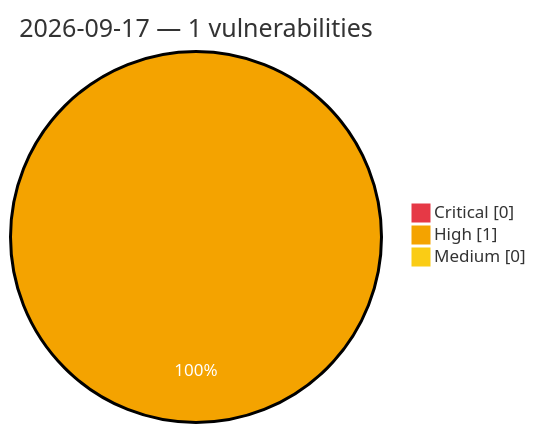
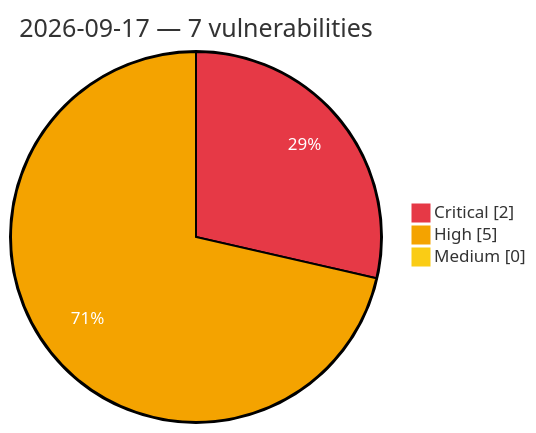
One commit to GhostX0X/vuln-tracker changed the diagram in vulnerabilities/2026/September/2026-09-17.md. Above: the diagram before and after it, drawn with Mermaid. The commit also changed other lines of this file and 5 other files, not shown here.

Commit message:
Auto update: critical/high vulns (2026-09-17 10:27 UTC)

````diff
--- a/vulnerabilities/2026/September/2026-09-17.md
+++ b/vulnerabilities/2026/September/2026-09-17.md
@@ -3,8 +3,8 @@
 ```mermaid
 %%{init: {'theme':'base', 'themeVariables': {'pie1':'#e63946', 'pie2':'#f4a300', 'pie3':'#facc15', 'pieOpacity':'1', 'pieOuterStrokeWidth':'2px', 'pieSectionTextColor':'#ffffff'}}}%%
 pie showData
-    title 2026-09-17 — 1 vulnerabilities
-    "Critical" : 0
-    "High" : 1
+    title 2026-09-17 — 7 vulnerabilities
+    "Critical" : 2
+    "High" : 5
     "Medium" : 0
 ```
````
